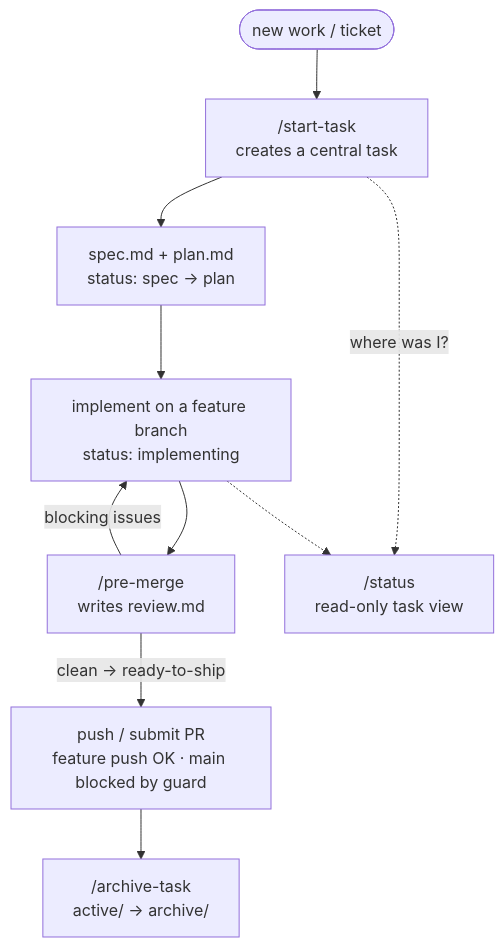
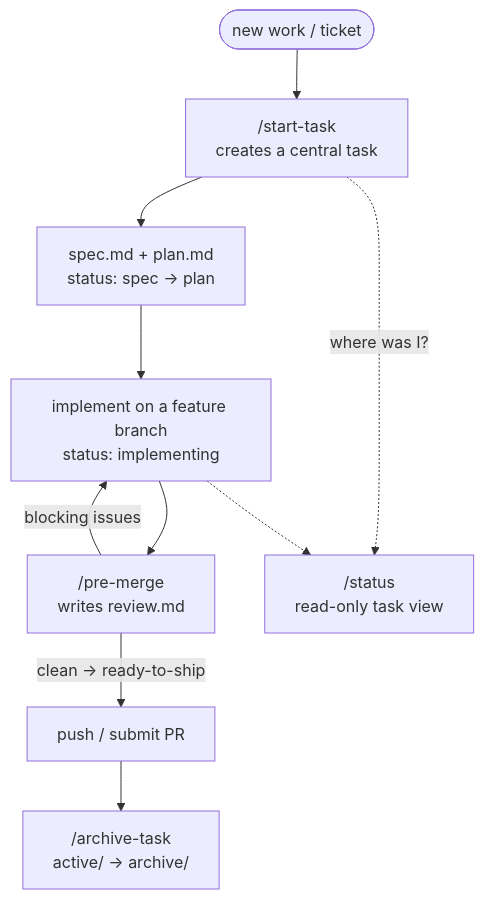
One commit to almeidabbm/dot-files changed the second of 2 diagrams in README.md. Above: the diagram before and after it, drawn with Mermaid. The commit also changed other lines of this file and 5 other files, not shown here.

````diff
--- a/README.md
+++ b/README.md
@@ -65,12 +63,12 @@
 ```mermaid
 flowchart TD
     new([new work / ticket]) --> st["/start-task<br/>creates a central task"]
     st --> spec["spec.md + plan.md<br/>status: spec → plan"]
     spec --> impl["implement on a feature branch<br/>status: implementing"]
     impl --> pm["/pre-merge<br/>writes review.md"]
     pm -->|blocking issues| impl
-    pm -->|clean → ready-to-ship| ship["push / submit PR<br/>feature push OK · main blocked by guard"]
+    pm -->|clean → ready-to-ship| ship["push / submit PR"]
     ship --> arch["/archive-task<br/>active/ → archive/"]
     st -.->|"where was I?"| status["/status<br/>read-only task view"]
     impl -.-> status
 ```
````
